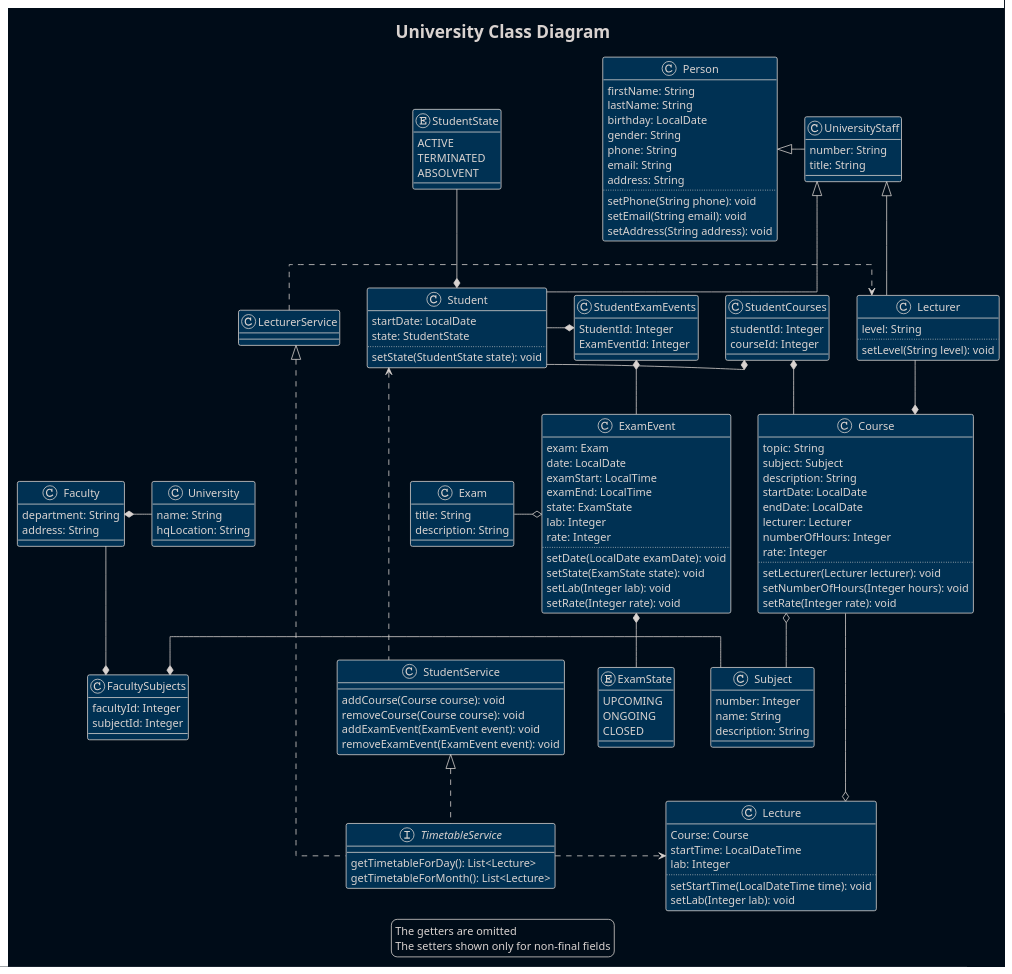
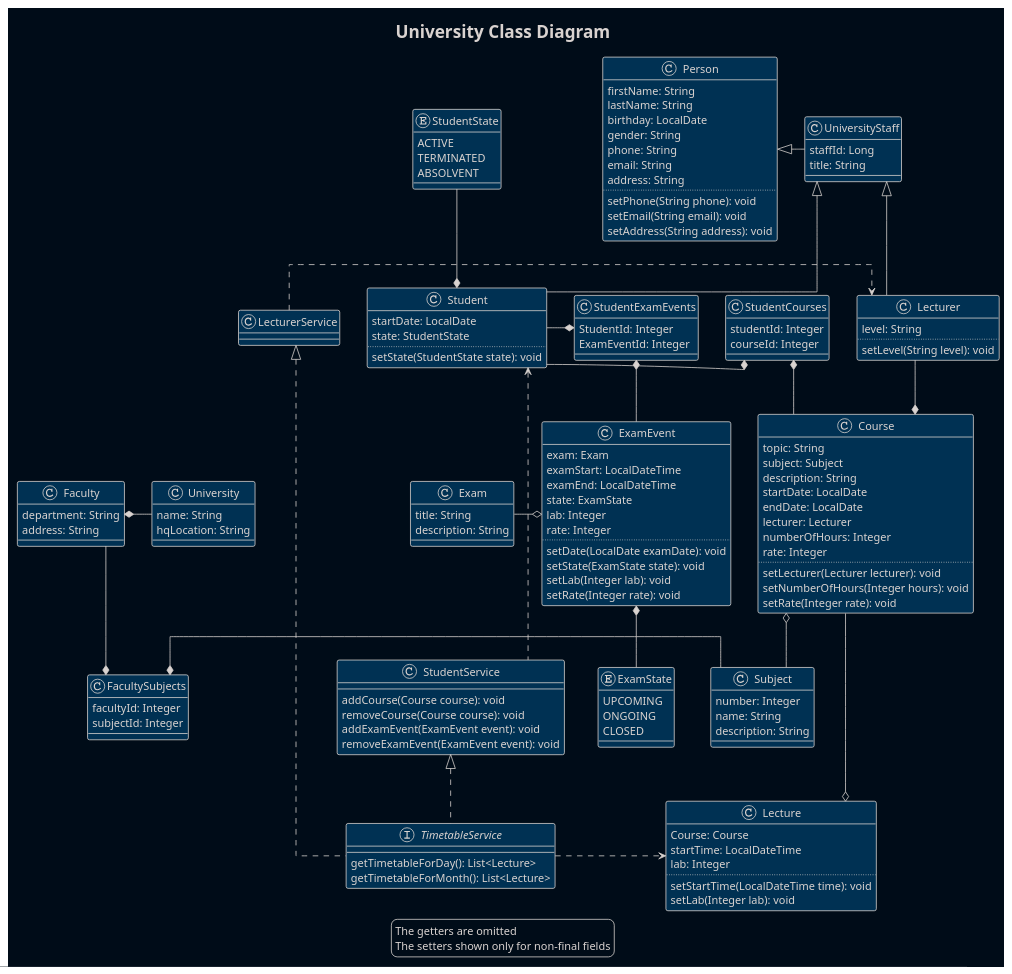
Before and after one commit to RomaEcho/University: the diagram in src/main/resources/diagrams/University.puml, drawn with PlantUML. The commit also changed 32 other files, not shown here.

```diff
--- a/src/main/resources/diagrams/University.puml
+++ b/src/main/resources/diagrams/University.puml
@@ -1,153 +1,152 @@
 @startuml
 '!theme plain
 !theme blueprint
 skinparam BackgroundColor #000c18
 'skinparam ClassBackgroundColor #000c18
 skinparam linetype ortho
 
 title University Class Diagram
 class Person {
     firstName: String
     lastName: String
     birthday: LocalDate
     gender: String
     phone: String
     email: String
     address: String
     ..
     setPhone(String phone): void
     setEmail(String email): void
     setAddress(String address): void
 }
 class Student {
     startDate: LocalDate
     state: StudentState
     ..
     setState(StudentState state): void
 }
 enum StudentState {
     ACTIVE
     TERMINATED
     ABSOLVENT
 }
 class UniversityStaff {
-    number: String
+    staffId: Long
     title: String
 }
 class Subject {
     number: Integer
     name: String
     description: String
 }
 
 class Course {
     topic: String
     subject: Subject
     description: String
     startDate: LocalDate
     endDate: LocalDate
     lecturer: Lecturer
     numberOfHours: Integer
     rate: Integer
     ..
     setLecturer(Lecturer lecturer): void
     setNumberOfHours(Integer hours): void
     setRate(Integer rate): void
 }
 class Lecturer {
     level: String
     ..
     setLevel(String level): void
 }
 class Exam {
     title: String
     description: String
 }
 class ExamEvent {
     exam: Exam
-    date: LocalDate
-    examStart: LocalTime
-    examEnd: LocalTime
+    examStart: LocalDateTime
+    examEnd: LocalDateTime
     state: ExamState
     lab: Integer
     rate: Integer
     ..
     setDate(LocalDate examDate): void
     setState(ExamState state): void
     setLab(Integer lab): void
     setRate(Integer rate): void
 }
 enum ExamState {
     UPCOMING
     ONGOING
     CLOSED
 }
 class Faculty {
     department: String
     address: String
 }
 class University {
     name: String
     hqLocation: String
 }
 class Lecture {
     Course: Course
     startTime: LocalDateTime
     lab: Integer
     ..
     setStartTime(LocalDateTime time): void
     setLab(Integer lab): void
 }
 class StudentCourses {
     studentId: Integer
     courseId: Integer
 }
 class FacultySubjects {
     facultyId: Integer
     subjectId: Integer
 }
 class StudentExamEvents {
     StudentId: Integer    
     ExamEventId: Integer
 }
 interface TimetableService {
     getTimetableForDay(): List<Lecture>
     getTimetableForMonth(): List<Lecture>
 }
 class StudentService {
     addCourse(Course course): void
     removeCourse(Course course): void
     addExamEvent(ExamEvent event): void
     removeExamEvent(ExamEvent event): void
 }
 class LecturerService
 
 Person <|-right- UniversityStaff
 UniversityStaff <|-- Student
 UniversityStaff <|-- Lecturer
 Student *-up- StudentState
 StudentCourses *- Student
 StudentCourses *- Course
 Course *-up- Lecturer
 StudentExamEvents *-- ExamEvent
 StudentExamEvents *- Student
 ExamEvent o-left- Exam
 ExamEvent *-down- ExamState
 Course o-- Subject
 Faculty --* FacultySubjects
 Subject -left-* FacultySubjects
 University -left* Faculty
 Student <... StudentService
 StudentService <|.. TimetableService
 LecturerService <|.. TimetableService
 LecturerService .> Lecturer
 TimetableService .right.> Lecture
 Course --o Lecture
 
 
 legend
     The getters are omitted
     The setters shown only for non-final fields
 endlegend
 
 @enduml
```
